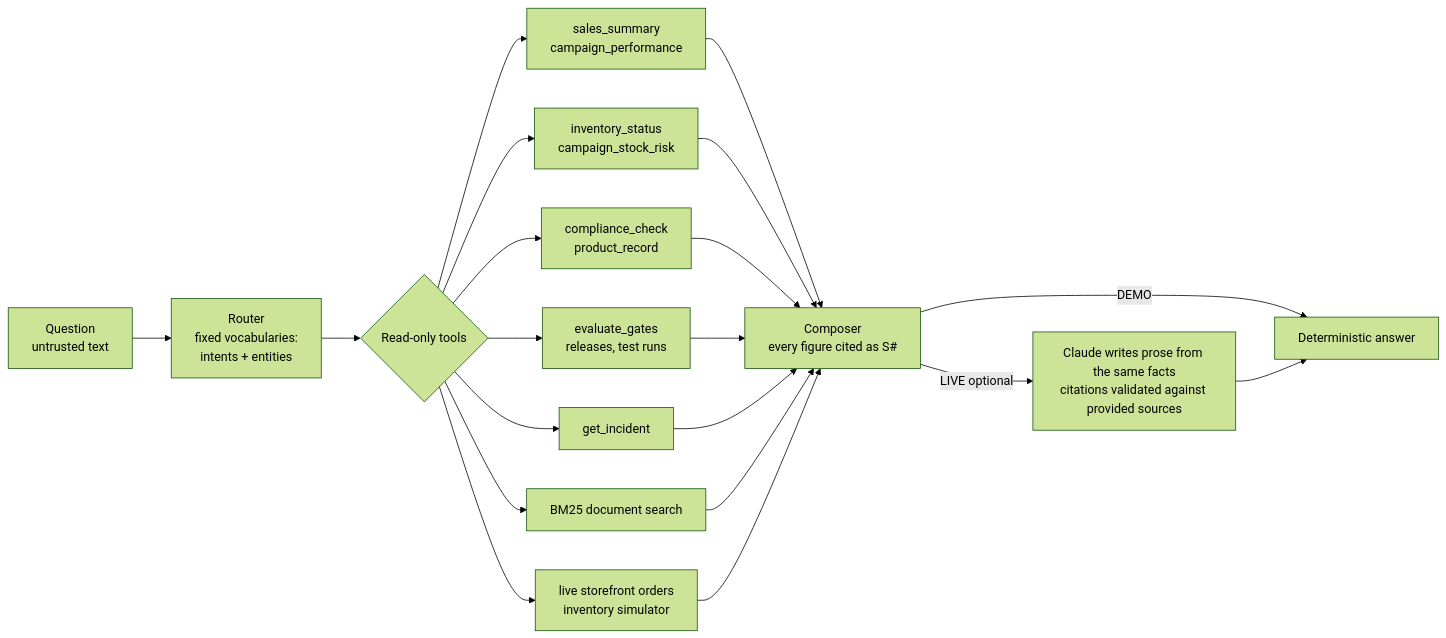
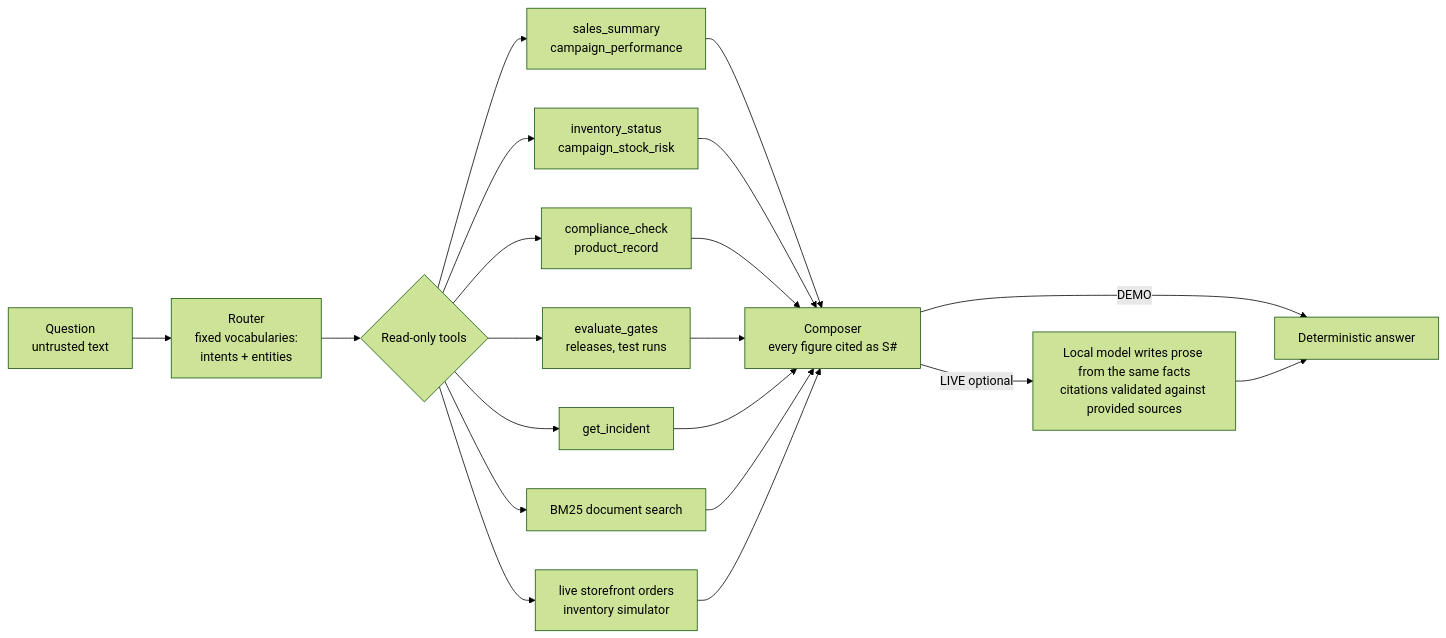
The first of 4 diagrams in foodcare-copilot/docs/ARCHITECTURE.md (florina787/Data-sets), drawn with Mermaid (forest theme) before and after one commit. The commit also changed other lines of this file and 56 other files, not shown here.

First line of the commit message:
Add persistent SQLite memory and a local-model adapter

````diff
--- a/foodcare-copilot/docs/ARCHITECTURE.md
+++ b/foodcare-copilot/docs/ARCHITECTURE.md
@@ -5,16 +5,16 @@
 ```mermaid
 flowchart LR
   Q[Question<br/>untrusted text] --> R[Router<br/>fixed vocabularies:<br/>intents + entities]
   R --> T{Read-only tools}
   T --> SA[sales_summary<br/>campaign_performance]
   T --> IN[inventory_status<br/>campaign_stock_risk]
   T --> CO[compliance_check<br/>product_record]
   T --> DL[evaluate_gates<br/>releases, test runs]
   T --> IC[get_incident]
   T --> DOC[BM25 document search]
   T --> LV[live storefront orders<br/>inventory simulator]
   SA & IN & CO & DL & IC & DOC & LV --> C[Composer<br/>every figure cited as S#]
   C -->|DEMO| A[Deterministic answer]
-  C -->|LIVE optional| L[Claude writes prose from the same facts<br/>citations validated against provided sources]
+  C -->|LIVE optional| L[Local model writes prose from the same facts<br/>citations validated against provided sources]
   L --> A
 ```
````
